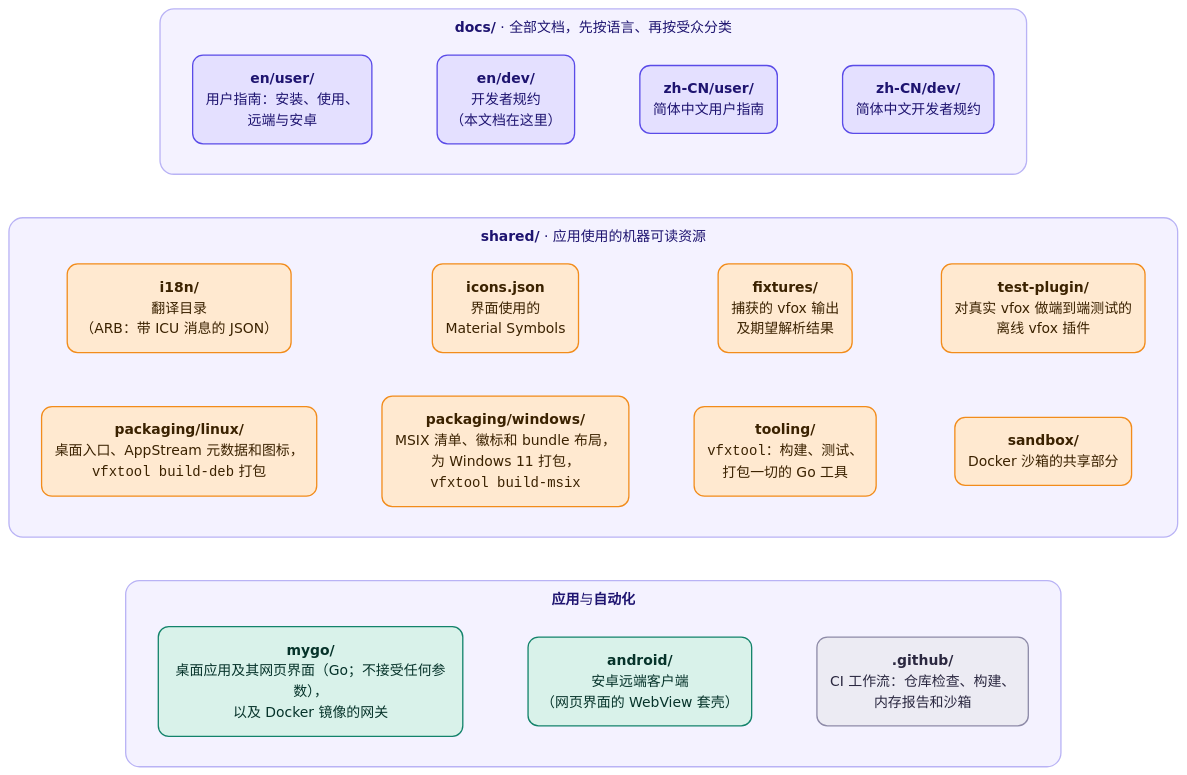
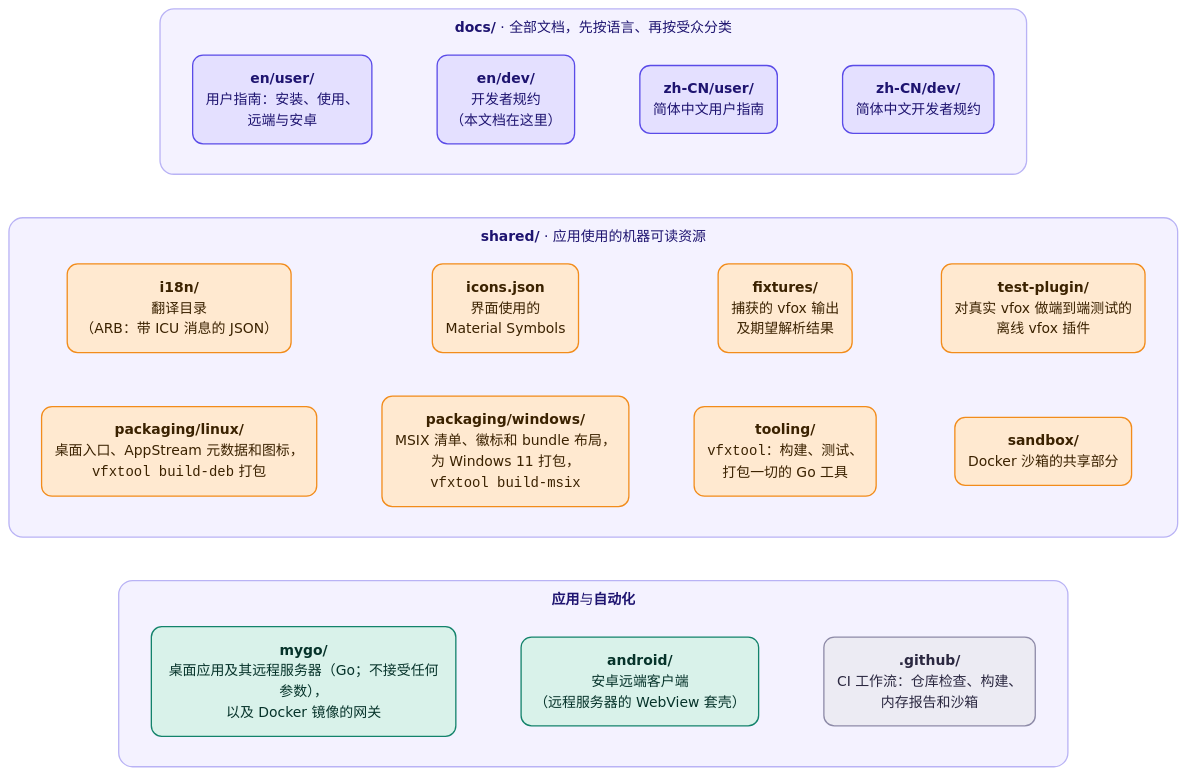
The first of 5 diagrams in docs/zh-CN/dev/architecture.md (version-fox/vfox-plus), drawn with Mermaid before and after one commit. The commit also changed other lines of this file and 32 other files, not shown here.

````diff
--- a/docs/zh-CN/dev/architecture.md
+++ b/docs/zh-CN/dev/architecture.md
@@ -12,51 +12,51 @@
 ```mermaid
 ---
 config:
   theme: base
   themeVariables:
     fontFamily: "system-ui, -apple-system, 'Segoe UI', 'Noto Sans', 'Noto Sans CJK SC', 'PingFang SC', 'Microsoft YaHei', sans-serif"
     lineColor: "#7C79A8"
     primaryColor: "#FFE9D0"
     primaryBorderColor: "#F28C1B"
     primaryTextColor: "#3B2200"
     clusterBkg: "#F4F2FF"
     clusterBorder: "#B9B3F5"
     titleColor: "#1E1470"
     edgeLabelBackground: "#FFFFFF"
   flowchart:
     curve: basis
     wrappingWidth: 320
     subGraphTitleMargin:
       top: 10
       bottom: 8
 ---
 flowchart TB
     accTitle: 仓库布局
     accDescr: docs 存放文档，shared 存放应用使用的资源，mygo 是应用和 Docker 镜像的网关，android 是安卓客户端，.github 是 CI 工作流。
     subgraph docs["<b>docs/</b> · 全部文档，先按语言、再按受众分类"]
         direction LR
         d1("<b>en/user/</b><br/>用户指南：安装、使用、<br/>远端与安卓") ~~~ d2("<b>en/dev/</b><br/>开发者规约<br/>（本文档在这里）") ~~~ d3("<b>zh-CN/user/</b><br/>简体中文用户指南") ~~~ d4("<b>zh-CN/dev/</b><br/>简体中文开发者规约")
     end
     subgraph shared["<b>shared/</b> · 应用使用的机器可读资源"]
         direction LR
         s1("<b>i18n/</b><br/>翻译目录<br/>（ARB：带 ICU 消息的 JSON）") ~~~ s2("<b>icons.json</b><br/>界面使用的<br/>Material Symbols") ~~~ s3("<b>fixtures/</b><br/>捕获的 vfox 输出<br/>及期望解析结果") ~~~ s4("<b>test-plugin/</b><br/>对真实 vfox 做端到端测试的<br/>离线 vfox 插件")
         s5("<b>packaging/linux/</b><br/>桌面入口、AppStream 元数据和图标，<br/><code>vfxtool build-deb</code> 打包") ~~~ s6("<b>packaging/windows/</b><br/>MSIX 清单、徽标和 bundle 布局，<br/>为 Windows 11 打包，<br/><code>vfxtool build-msix</code>") ~~~ s7("<b>tooling/</b><br/><code>vfxtool</code>：构建、测试、<br/>打包一切的 Go 工具") ~~~ s8("<b>sandbox/</b><br/>Docker 沙箱的共享部分")
     end
     subgraph code["<b>应用</b>与<b>自动化</b>"]
         direction LR
-        m("<b>mygo/</b><br/>桌面应用及其网页界面（Go；不接受任何参数），<br/>以及 Docker 镜像的网关") ~~~ a("<b>android/</b><br/>安卓远端客户端<br/>（网页界面的 WebView 套壳）") ~~~ g("<b>.github/</b><br/>CI 工作流：仓库检查、构建、<br/>内存报告和沙箱")
+        m("<b>mygo/</b><br/>桌面应用及其远程服务器（Go；不接受任何参数），<br/>以及 Docker 镜像的网关") ~~~ a("<b>android/</b><br/>安卓远端客户端<br/>（远程服务器的 WebView 套壳）") ~~~ g("<b>.github/</b><br/>CI 工作流：仓库检查、构建、<br/>内存报告和沙箱")
     end
     docs ~~~ shared ~~~ code
 
     classDef docs fill:#E4E0FF,stroke:#5A4BE8,color:#1E1470,stroke-width:1.5px,rx:12,ry:12
     classDef shared fill:#FFE9D0,stroke:#F28C1B,color:#3B2200,stroke-width:1.5px,rx:12,ry:12
     classDef app fill:#D9F2EA,stroke:#13836B,color:#06332A,stroke-width:1.5px,rx:12,ry:12
     classDef ci fill:#ECEBF3,stroke:#8E8BA8,color:#2B2840,stroke-width:1.5px,rx:12,ry:12
     class d1,d2,d3,d4 docs
     class s1,s2,s3,s4,s5,s6,s7,s8 shared
     class m,a app
     class g ci
     style docs fill:#F4F2FF,stroke:#B9B3F5,stroke-width:1.5px,rx:16,ry:16
     style shared fill:#F4F2FF,stroke:#B9B3F5,stroke-width:1.5px,rx:16,ry:16
     style code fill:#F4F2FF,stroke:#B9B3F5,stroke-width:1.5px,rx:16,ry:16
 ```
````
